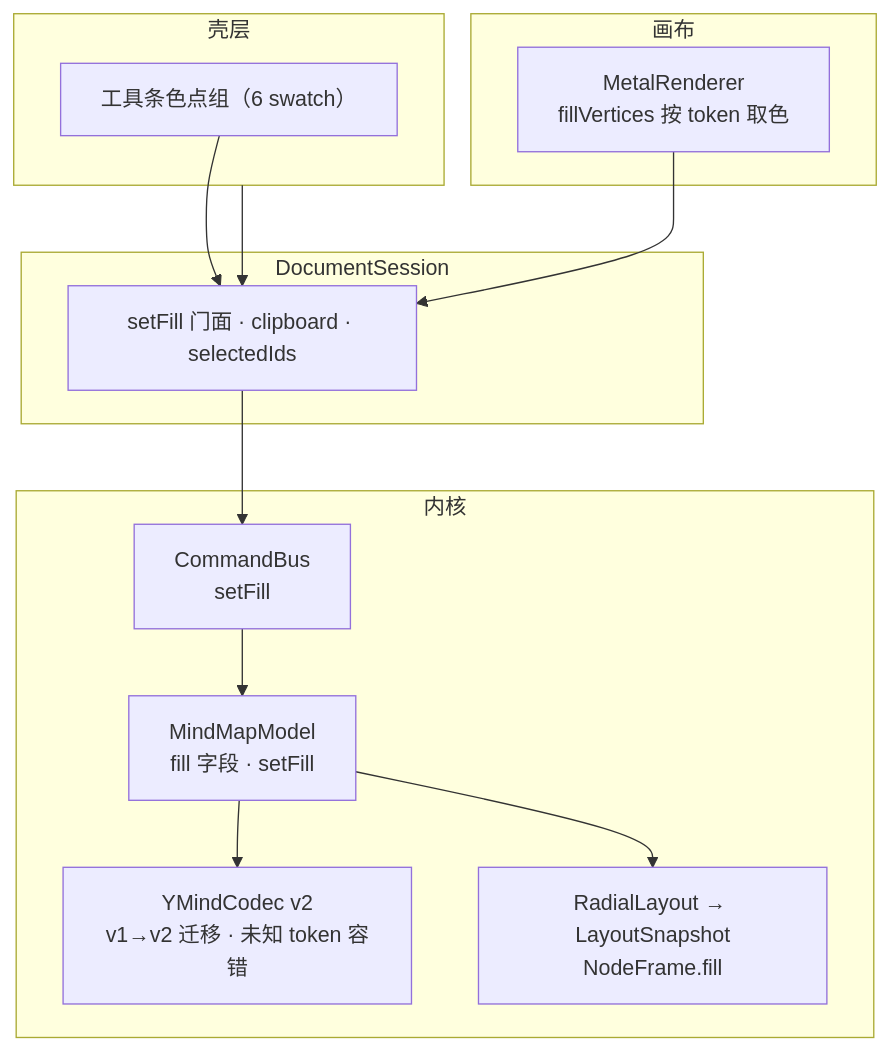
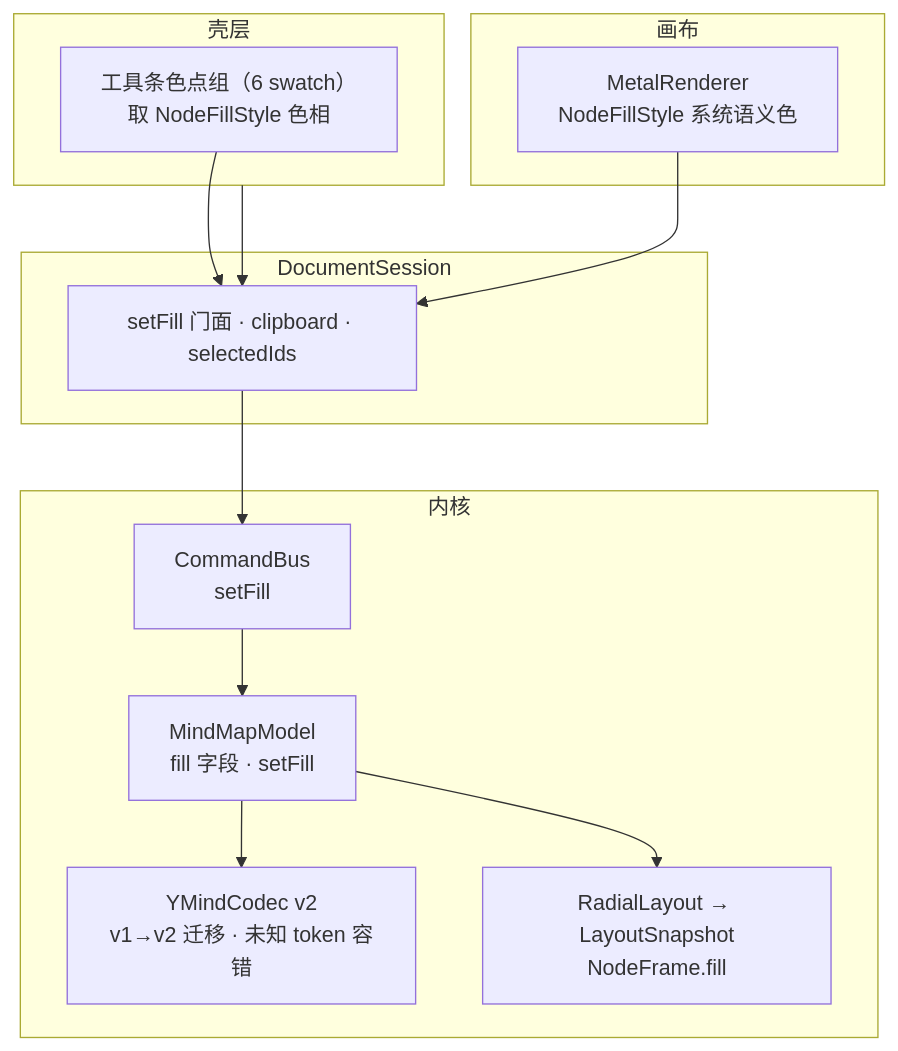
Before and after one commit to LieonShelly/Linva: the diagram in docs/superpowers/specs/2026-09-27-ymind-node-fill-design.md, drawn with Mermaid. The commit also changed other lines of this file and 1 other file, not shown here.

````diff
--- a/docs/superpowers/specs/2026-09-27-ymind-node-fill-design.md
+++ b/docs/superpowers/specs/2026-09-27-ymind-node-fill-design.md
@@ -51,25 +51,25 @@
 ```mermaid
 flowchart TB
   subgraph Core["内核"]
     Model["MindMapModel<br/>fill 字段 · setFill"]
     Codec["YMindCodec v2<br/>v1→v2 迁移 · 未知 token 容错"]
     Bus["CommandBus<br/>setFill"]
     Layout["RadialLayout → LayoutSnapshot<br/>NodeFrame.fill"]
   end
   subgraph Session["DocumentSession"]
     DS["setFill 门面 · clipboard · selectedIds"]
   end
   subgraph Canvas["画布"]
-    Metal["MetalRenderer<br/>fillVertices 按 token 取色"]
+    Metal["MetalRenderer<br/>NodeFillStyle 系统语义色"]
   end
   subgraph Shell["壳层"]
-    TB["工具条色点组（6 swatch）"]
+    TB["工具条色点组（6 swatch）<br/>取 NodeFillStyle 色相"]
   end
   Shell --> DS
   TB --> DS
   DS --> Bus
   Bus --> Model
   Model --> Codec
   Model --> Layout
   Metal --> DS
 ```
````
